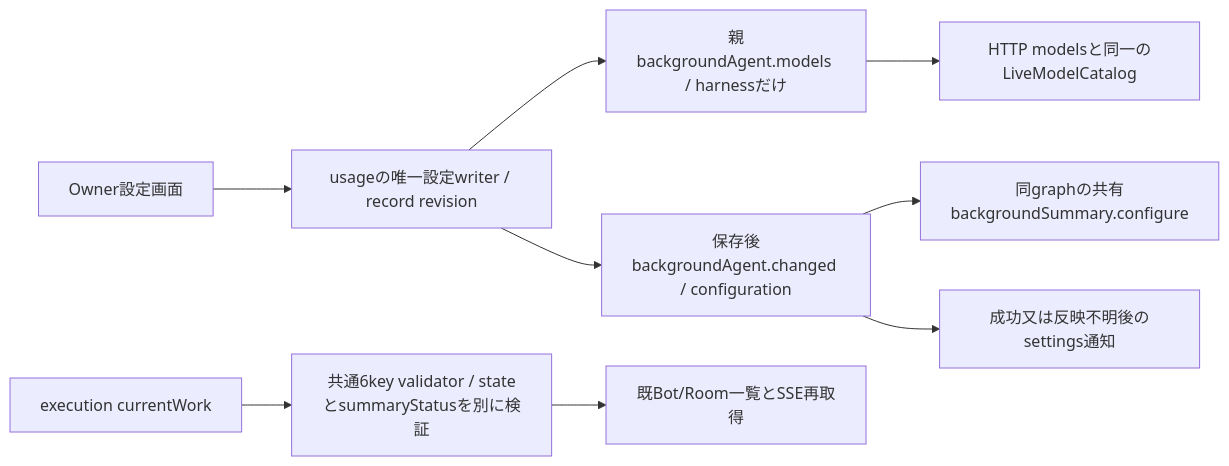
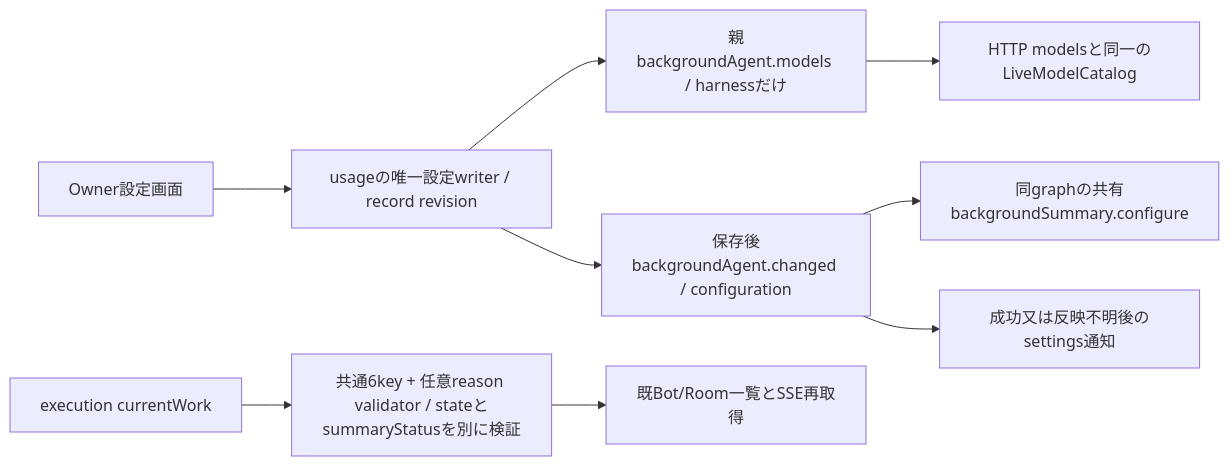
Before and after one commit to kitepon/BellTeam: diagram 43 of 44 in docs/architecture/modules/integration/README.md, drawn with Mermaid. The commit also changed other lines of this file and 4 other files, not shown here.

First line of the commit message:
Accept an optional currentWork reason key before execution emits it (a41)

````diff
--- a/docs/architecture/modules/integration/README.md
+++ b/docs/architecture/modules/integration/README.md
@@ -933,11 +933,11 @@
 ```mermaid
 flowchart LR
   UI[Owner設定画面] --> Usage[usageの唯一設定writer / record revision]
   Usage --> ModelEffect[親backgroundAgent.models / harnessだけ]
   ModelEffect --> Models[HTTP modelsと同一のLiveModelCatalog]
   Usage --> Changed[保存後backgroundAgent.changed / configuration]
   Changed --> Configure[同graphの共有backgroundSummary.configure]
   Changed --> SSE[成功又は反映不明後のsettings通知]
-  Projection[execution currentWork] --> Validate[共通6key validator / stateとsummaryStatusを別に検証]
+  Projection[execution currentWork] --> Validate[共通6key + 任意reason validator / stateとsummaryStatusを別に検証]
   Validate --> Lists[既Bot/Room一覧とSSE再取得]
 ```
````
